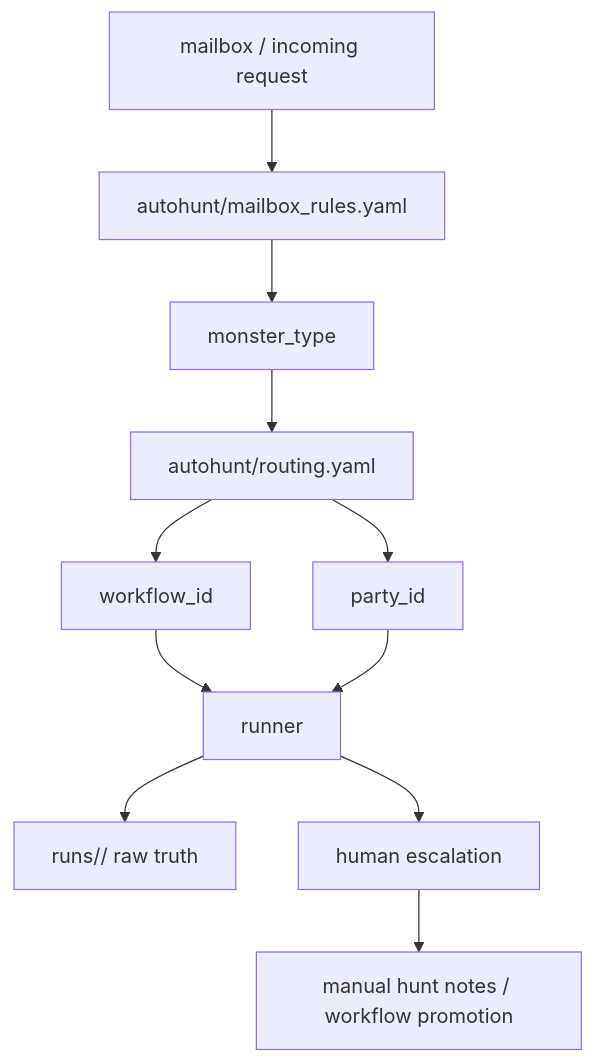
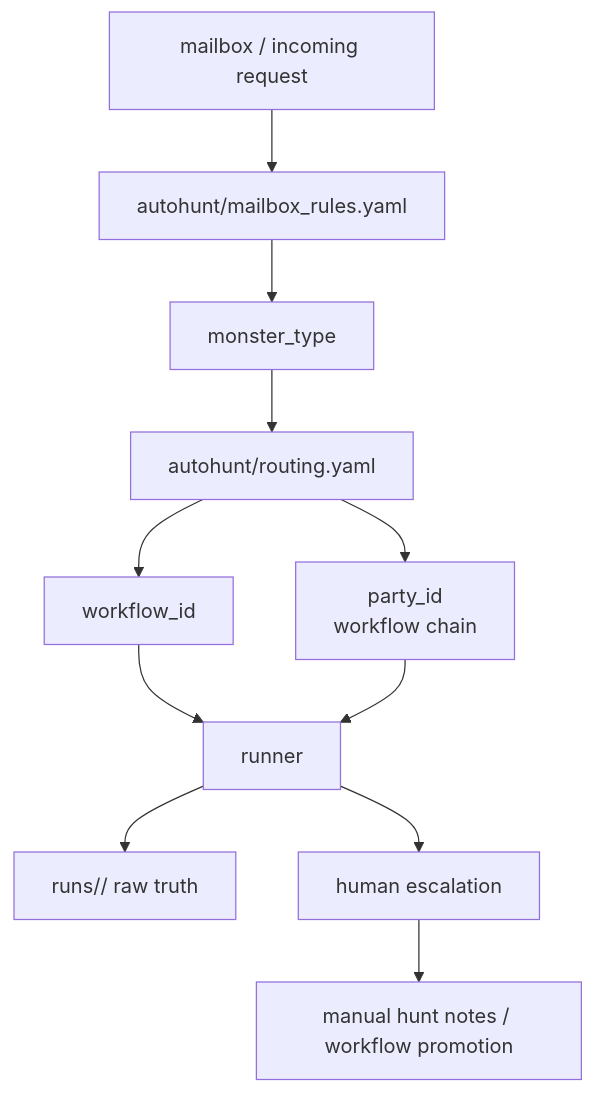
One commit to SungYongMOON/soulforge changed the first of 2 diagrams in docs/architecture/workspace/AUTOHUNT_MODEL.md. Above: the diagram before and after it, drawn with Mermaid. The commit also changed other lines of this file and 91 other files, not shown here.

````diff
--- a/docs/architecture/workspace/AUTOHUNT_MODEL.md
+++ b/docs/architecture/workspace/AUTOHUNT_MODEL.md
@@ -14,13 +14,13 @@
 ```mermaid
 flowchart TD
   MB["mailbox / incoming request"] --> MR["autohunt/mailbox_rules.yaml"]
   MR --> MT["monster_type"]
   MT --> RT["autohunt/routing.yaml"]
   RT --> WF["workflow_id"]
-  RT --> PT["party_id"]
+  RT --> PT["party_id<br/>workflow chain"]
   WF --> RUN["runner"]
   PT --> RUN
   RUN --> RAW["runs/<run_id>/ raw truth"]
   RUN --> ESC["human escalation"]
   ESC --> LEARN["manual hunt notes / workflow promotion"]
 ```
````
